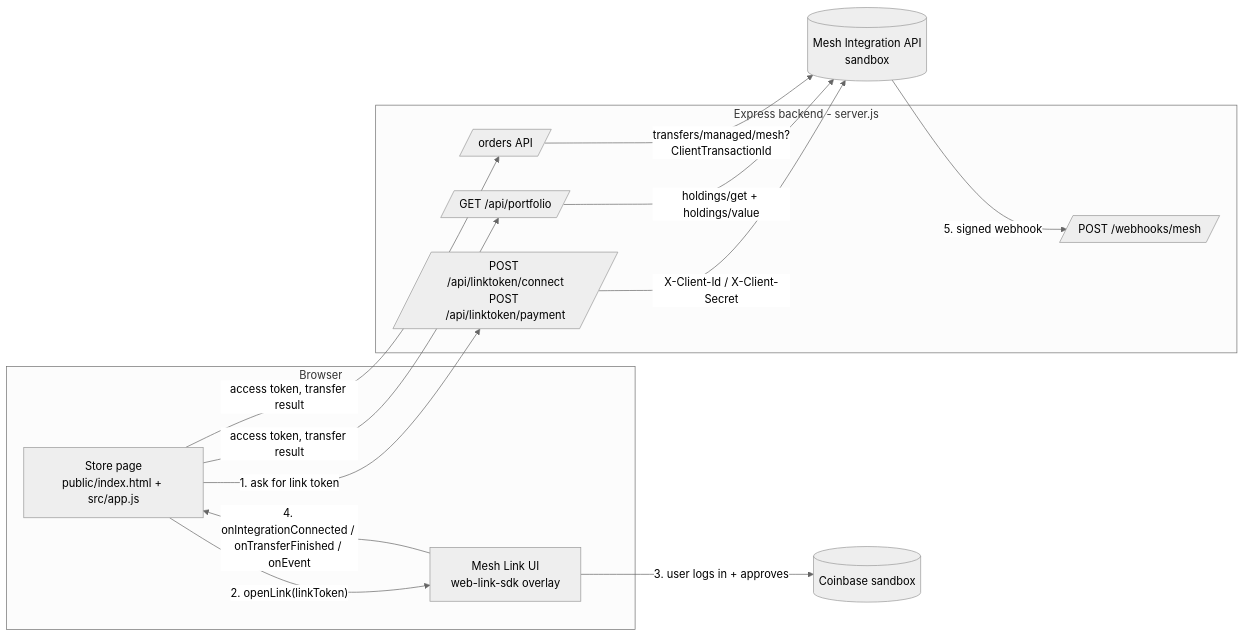
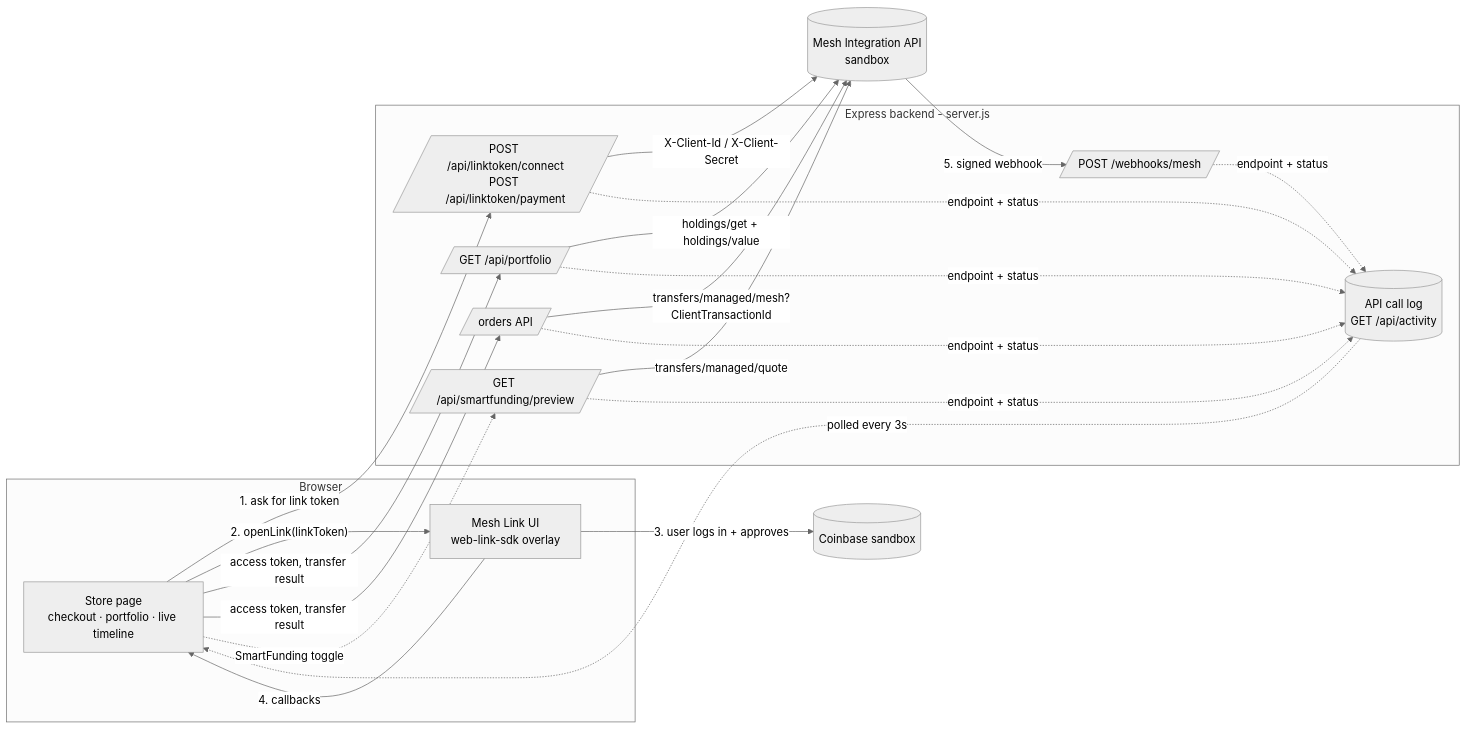
One commit to chrisoyi/mesh-take-home changed the diagram in README.md. Above: the diagram before and after it, drawn with Mermaid (neutral theme). The commit also changed other lines of this file and 5 other files, not shown here.

First line of the commit message:
Add SmartFunding toggle (Mesh quote fundingOptions) and live event timeline

````diff
--- a/README.md
+++ b/README.md
@@ -18,25 +22,31 @@
 ```mermaid
 flowchart LR
   subgraph Browser
-    UI[Store page<br/>public/index.html + src/app.js]
+    UI[Store page<br/>checkout · portfolio · live timeline]
     LINK[Mesh Link UI<br/>web-link-sdk overlay]
   end
   subgraph Server[Express backend - server.js]
     LT[/POST /api/linktoken/connect<br/>POST /api/linktoken/payment/]
+    SF[/GET /api/smartfunding/preview/]
     PF[/GET /api/portfolio/]
     OR[/orders API/]
     WH[/POST /webhooks/mesh/]
+    LOG[(API call log<br/>GET /api/activity)]
   end
   MESH[(Mesh Integration API<br/>sandbox)]
   CB[(Coinbase sandbox)]
 
   UI -- 1. ask for link token --> LT
   LT -- X-Client-Id / X-Client-Secret --> MESH
   UI -- 2. openLink(linkToken) --> LINK
   LINK -- 3. user logs in + approves --> CB
-  LINK -- 4. onIntegrationConnected / onTransferFinished / onEvent --> UI
+  LINK -- 4. callbacks --> UI
   UI -- access token, transfer result --> PF & OR
+  UI -. SmartFunding toggle .-> SF
+  SF -- transfers/managed/quote --> MESH
   PF -- holdings/get + holdings/value --> MESH
   OR -- transfers/managed/mesh?ClientTransactionId --> MESH
   MESH -- 5. signed webhook --> WH
+  LT & SF & PF & OR & WH -. endpoint + status .-> LOG
+  LOG -. polled every 3s .-> UI
 ```
````
